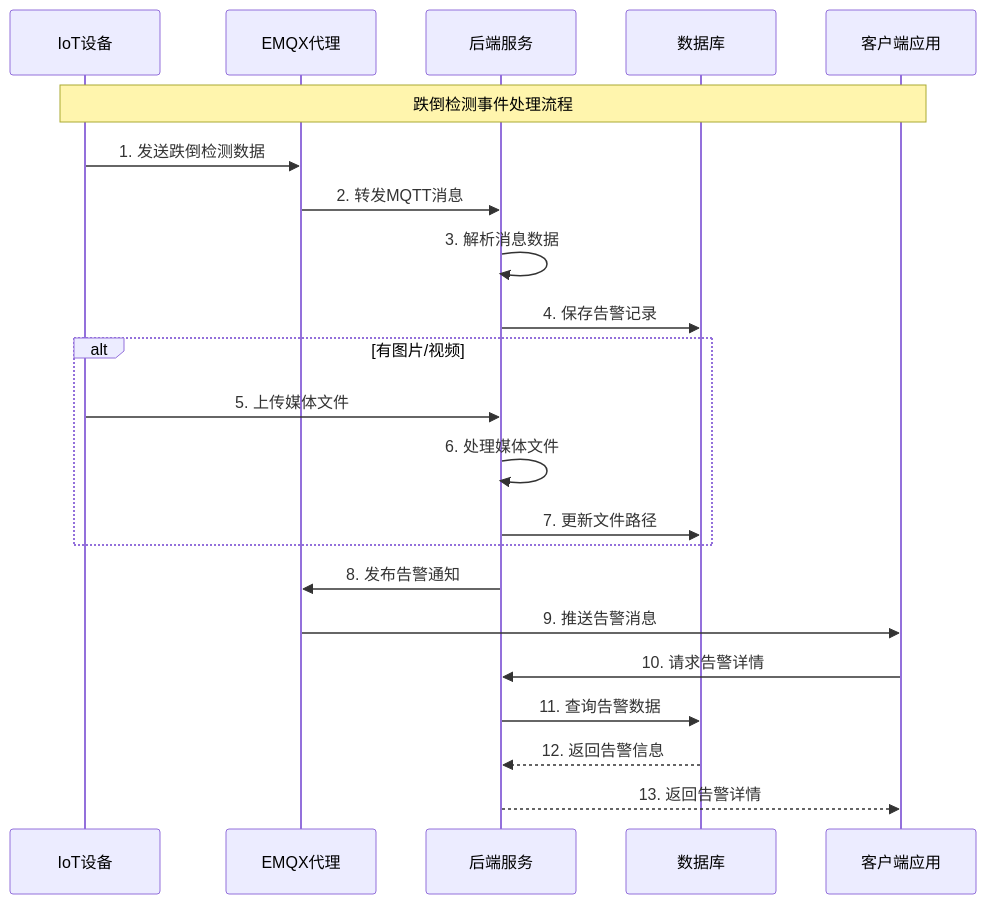
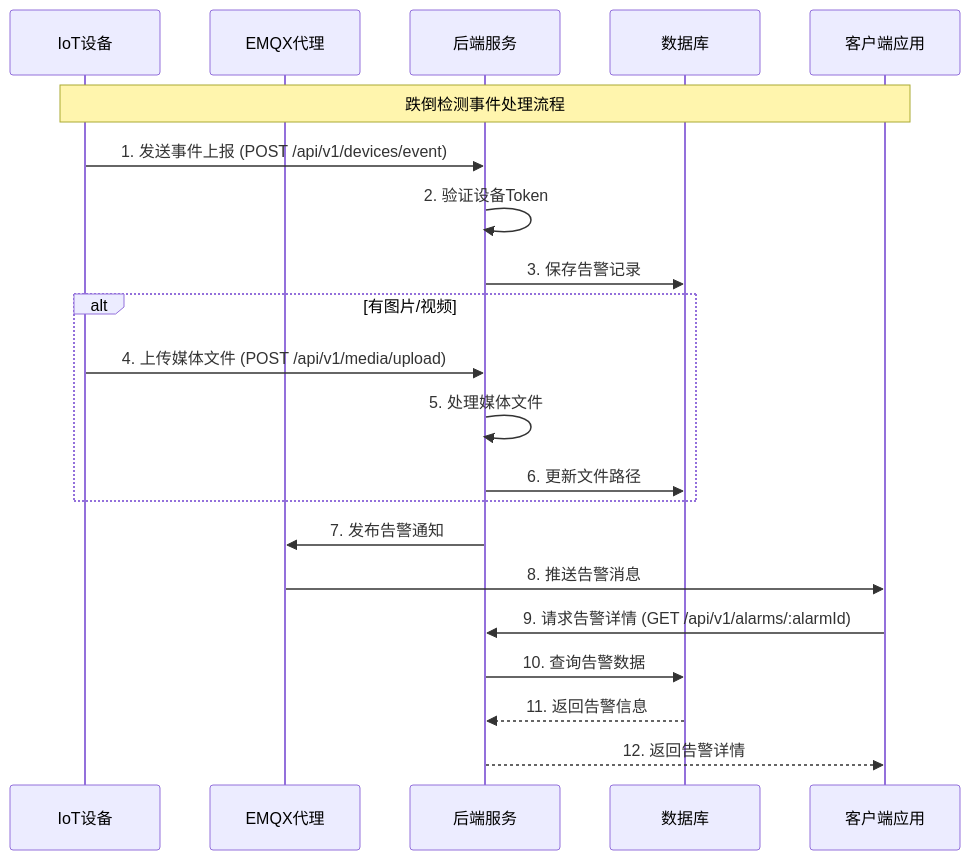
Before and after one commit to Latrell233/Fall-Detection-Backend: the fourth of 4 diagrams in 架构文档.md, drawn with Mermaid. The commit also changed other lines of this file and 7 other files, not shown here.

````diff
--- a/架构文档.md
+++ b/架构文档.md
@@ -171,28 +184,27 @@
 ```mermaid
 sequenceDiagram
     participant Device as IoT设备
     participant MQTT as EMQX代理
     participant Backend as 后端服务
     participant DB as 数据库
     participant Client as 客户端应用
     
     Note over Device,Client: 跌倒检测事件处理流程
     
-    Device->>MQTT: 1. 发送跌倒检测数据
-    MQTT->>Backend: 2. 转发MQTT消息
-    Backend->>Backend: 3. 解析消息数据
-    Backend->>DB: 4. 保存告警记录
+    Device->>Backend: 1. 发送事件上报 (POST /api/v1/devices/event)
+    Backend->>Backend: 2. 验证设备Token
+    Backend->>DB: 3. 保存告警记录
     
     alt 有图片/视频
-        Device->>Backend: 5. 上传媒体文件
-        Backend->>Backend: 6. 处理媒体文件
-        Backend->>DB: 7. 更新文件路径
+        Device->>Backend: 4. 上传媒体文件 (POST /api/v1/media/upload)
+        Backend->>Backend: 5. 处理媒体文件
+        Backend->>DB: 6. 更新文件路径
     end
     
-    Backend->>MQTT: 8. 发布告警通知
-    MQTT->>Client: 9. 推送告警消息
-    Client->>Backend: 10. 请求告警详情
-    Backend->>DB: 11. 查询告警数据
-    DB-->>Backend: 12. 返回告警信息
-    Backend-->>Client: 13. 返回告警详情
+    Backend->>MQTT: 7. 发布告警通知
+    MQTT->>Client: 8. 推送告警消息
+    Client->>Backend: 9. 请求告警详情 (GET /api/v1/alarms/:alarmId)
+    Backend->>DB: 10. 查询告警数据
+    DB-->>Backend: 11. 返回告警信息
+    Backend-->>Client: 12. 返回告警详情
 ```
````
